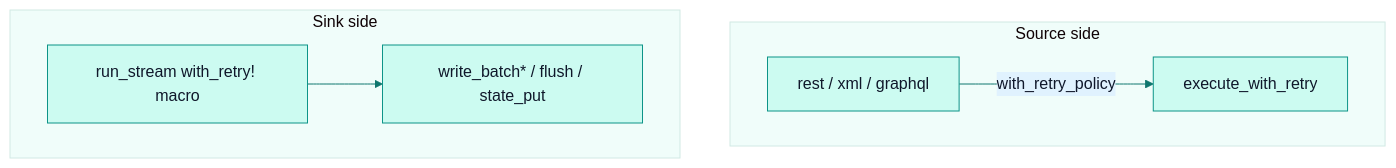
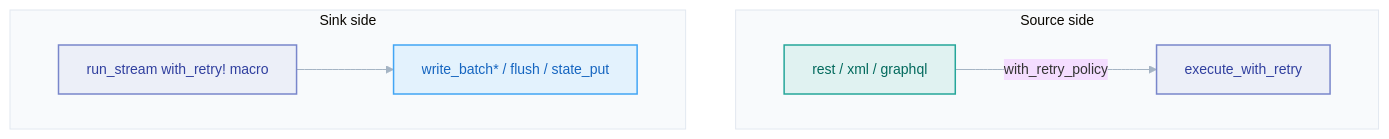
One commit to PawanSikawat/faucet-stream changed the diagram in docs/architecture/retries.md. Above: the diagram before and after it, drawn with Mermaid. The commit also changed 28 other files, not shown here.

First line of the commit message:
docs: upgrade Mermaid diagrams to V2 role-coded style

````diff
--- a/docs/architecture/retries.md
+++ b/docs/architecture/retries.md
@@ -19,10 +19,16 @@
 ```mermaid
-%%{init: {'theme':'base','themeVariables':{'primaryColor':'#ccfbf1','primaryTextColor':'#0f172a','primaryBorderColor':'#0d9488','lineColor':'#0f766e','secondaryColor':'#e0f2fe','tertiaryColor':'#f0fdfa','fontFamily':'-apple-system,BlinkMacSystemFont,Segoe UI,sans-serif'}}}%%
+%%{init: {'theme':'base','flowchart':{'curve':'basis','nodeSpacing':50,'rankSpacing':72,'padding':14},'themeVariables':{'fontFamily':'-apple-system,BlinkMacSystemFont,Segoe UI,sans-serif','fontSize':'14px','lineColor':'#a5b4c4','clusterBkg':'#f8fafc','clusterBorder':'#e2e8f0'}}}%%
 flowchart TD
     subgraph Source side
       REST[rest / xml / graphql] -->|with_retry_policy| RS[execute_with_retry]
     end
     subgraph Sink side
       RS2[run_stream with_retry! macro] --> WB[write_batch* / flush / state_put]
     end
+    classDef src fill:#e0f2f1,stroke:#26a69a,stroke-width:1.5px,color:#00695c
+    classDef proc fill:#eceff8,stroke:#7986cb,stroke-width:1.5px,color:#303f9f
+    classDef sink fill:#e3f2fd,stroke:#42a5f5,stroke-width:1.5px,color:#1565c0
+    class REST src
+    class RS,RS2 proc
+    class WB sink
 ```
````
